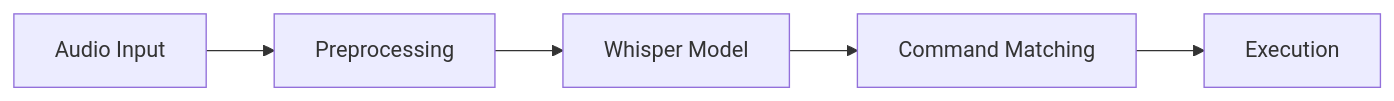
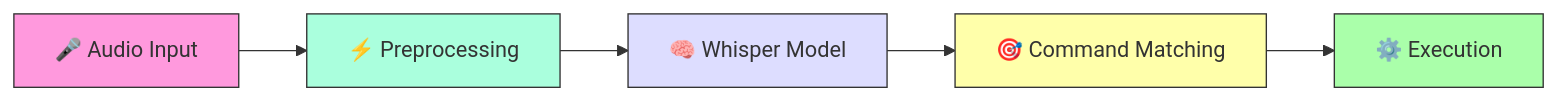
Before and after one commit to daanishmittal24/VoxBeam: the diagram in README.md, drawn with Mermaid. The commit also changed other lines of this file and 1 other file, not shown here.

````diff
--- a/README.md
+++ b/README.md
@@ -8,7 +40,12 @@
 ```mermaid
 graph LR
-    A[Audio Input] --> B[Preprocessing]
-    B --> C[Whisper Model]
-    C --> D[Command Matching]
-    D --> E[Execution]
+    A[🎤 Audio Input] --> B[⚡ Preprocessing]
+    B --> C[🧠 Whisper Model]
+    C --> D[🎯 Command Matching]
+    D --> E[⚙️ Execution]
+    style A fill:#f9d,stroke:#333
+    style B fill:#afd,stroke:#333
+    style C fill:#ddf,stroke:#333
+    style D fill:#ffa,stroke:#333
+    style E fill:#afa,stroke:#333
 ```
````
